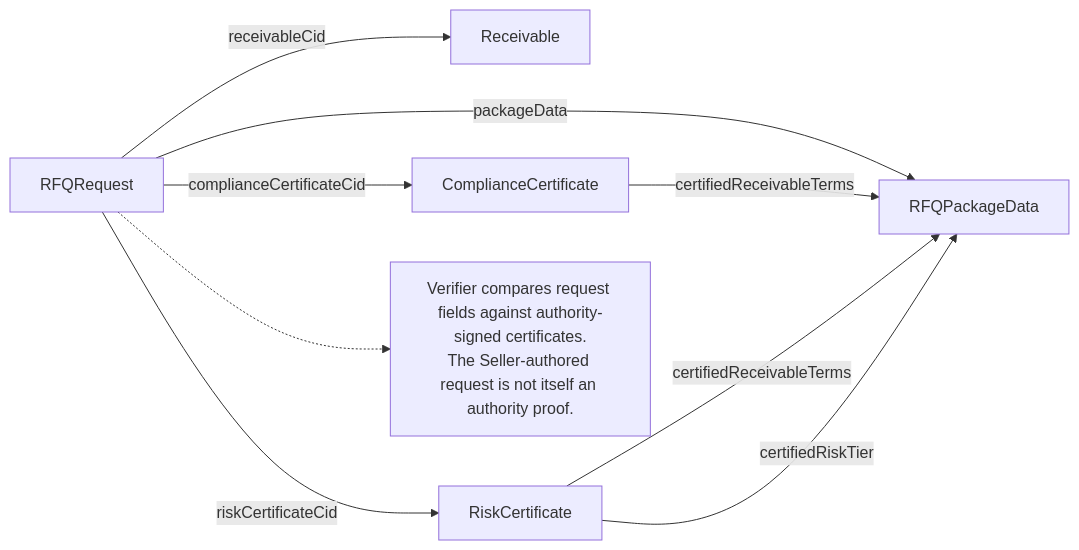
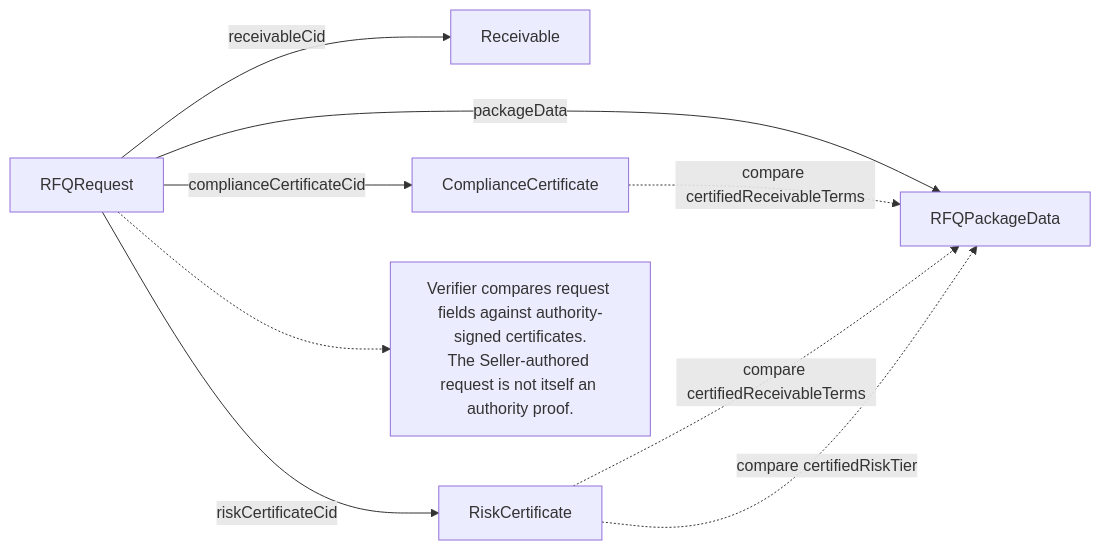
The sixth of 8 diagrams in docs/technical-design/004-workflow-diagrams.md (no-witness-labs/canton-hackathon-cloakRFQ), drawn with Mermaid before and after one commit. The commit also changed other lines of this file, not shown here.

Commit message:
docs: clarify phase 2 workflow diagrams

````diff
--- a/docs/technical-design/004-workflow-diagrams.md
+++ b/docs/technical-design/004-workflow-diagrams.md
@@ -120,20 +120,20 @@
 ```mermaid
 flowchart LR
     RFQ["RFQRequest"]
     R["Receivable"]
     CC["ComplianceCertificate"]
     RC["RiskCertificate"]
     PD["RFQPackageData"]
 
     RFQ -->|"receivableCid"| R
     RFQ -->|"complianceCertificateCid"| CC
     RFQ -->|"riskCertificateCid"| RC
     RFQ -->|"packageData"| PD
 
-    CC -->|"certifiedReceivableTerms"| PD
-    RC -->|"certifiedReceivableTerms"| PD
-    RC -->|"certifiedRiskTier"| PD
+    CC -. "compare certifiedReceivableTerms" .-> PD
+    RC -. "compare certifiedReceivableTerms" .-> PD
+    RC -. "compare certifiedRiskTier" .-> PD
 
     note1["Verifier compares request fields against authority-signed certificates.<br/>The Seller-authored request is not itself an authority proof."]
     RFQ -.-> note1
 ```
````
